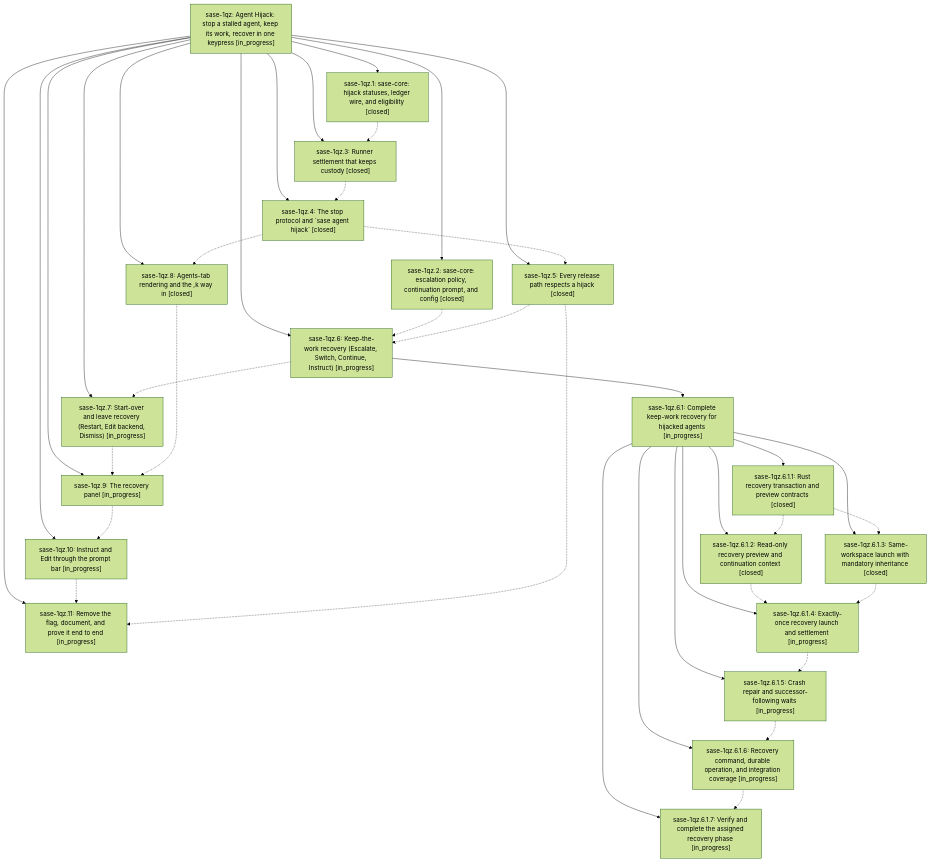
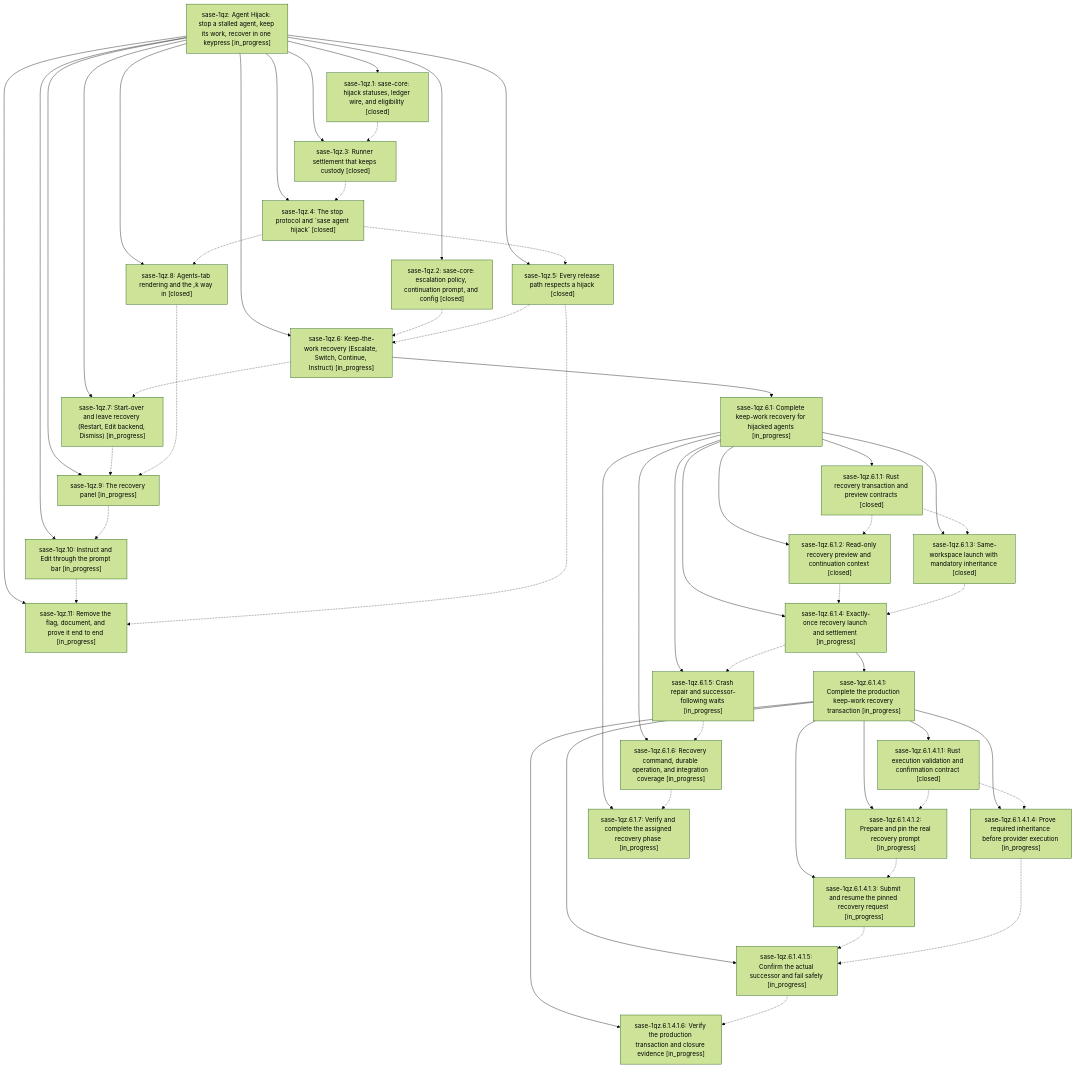
One commit to sase-org/sase--beads changed the diagram in pages/sase-1qz/README.md. Above: the diagram before and after it, drawn with Mermaid (forest theme). The commit also changed other lines of this file and 10 other files, not shown here.

````diff
--- a/pages/sase-1qz/README.md
+++ b/pages/sase-1qz/README.md
@@ -32,61 +36,81 @@
 ```mermaid
 flowchart TD
     n0["sase-1qz: Agent Hijack: stop a stalled agent, keep its work, recover in one keypress [in_progress]"]
     n1["sase-1qz.1: sase-core: hijack statuses, ledger wire, and eligibility [closed]"]
     n2["sase-1qz.10: Instruct and Edit through the prompt bar [in_progress]"]
     n3["sase-1qz.11: Remove the flag, document, and prove it end to end [in_progress]"]
     n4["sase-1qz.2: sase-core: escalation policy, continuation prompt, and config [closed]"]
     n5["sase-1qz.3: Runner settlement that keeps custody [closed]"]
     n6["sase-1qz.4: The stop protocol and `sase agent hijack` [closed]"]
     n7["sase-1qz.5: Every release path respects a hijack [closed]"]
     n8["sase-1qz.6: Keep-the-work recovery (Escalate, Switch, Continue, Instruct) [in_progress]"]
     n9["sase-1qz.6.1: Complete keep-work recovery for hijacked agents [in_progress]"]
     n10["sase-1qz.6.1.1: Rust recovery transaction and preview contracts [closed]"]
     n11["sase-1qz.6.1.2: Read-only recovery preview and continuation context [closed]"]
     n12["sase-1qz.6.1.3: Same-workspace launch with mandatory inheritance [closed]"]
     n13["sase-1qz.6.1.4: Exactly-once recovery launch and settlement [in_progress]"]
-    n14["sase-1qz.6.1.5: Crash repair and successor-following waits [in_progress]"]
-    n15["sase-1qz.6.1.6: Recovery command, durable operation, and integration coverage [in_progress]"]
-    n16["sase-1qz.6.1.7: Verify and complete the assigned recovery phase [in_progress]"]
-    n17["sase-1qz.7: Start-over and leave recovery (Restart, Edit backend, Dismiss) [in_progress]"]
-    n18["sase-1qz.8: Agents-tab rendering and the ,k way in [closed]"]
-    n19["sase-1qz.9: The recovery panel [in_progress]"]
+    n14["sase-1qz.6.1.4.1: Complete the production keep-work recovery transaction [in_progress]"]
+    n15["sase-1qz.6.1.4.1.1: Rust execution validation and confirmation contract [closed]"]
+    n16["sase-1qz.6.1.4.1.2: Prepare and pin the real recovery prompt [in_progress]"]
+    n17["sase-1qz.6.1.4.1.3: Submit and resume the pinned recovery request [in_progress]"]
+    n18["sase-1qz.6.1.4.1.4: Prove required inheritance before provider execution [in_progress]"]
+    n19["sase-1qz.6.1.4.1.5: Confirm the actual successor and fail safely [in_progress]"]
+    n20["sase-1qz.6.1.4.1.6: Verify the production transaction and closure evidence [in_progress]"]
+    n21["sase-1qz.6.1.5: Crash repair and successor-following waits [in_progress]"]
+    n22["sase-1qz.6.1.6: Recovery command, durable operation, and integration coverage [in_progress]"]
+    n23["sase-1qz.6.1.7: Verify and complete the assigned recovery phase [in_progress]"]
+    n24["sase-1qz.7: Start-over and leave recovery (Restart, Edit backend, Dismiss) [in_progress]"]
+    n25["sase-1qz.8: Agents-tab rendering and the ,k way in [closed]"]
+    n26["sase-1qz.9: The recovery panel [in_progress]"]
     n0 --> n1
     n0 --> n2
     n0 --> n3
     n0 --> n4
     n0 --> n5
     n0 --> n6
     n0 --> n7
     n0 --> n8
     n8 --> n9
     n9 --> n10
     n9 --> n11
     n9 --> n12
     n9 --> n13
-    n9 --> n14
-    n9 --> n15
-    n9 --> n16
-    n0 --> n17
-    n0 --> n18
-    n0 --> n19
+    n13 --> n14
+    n14 --> n15
+    n14 --> n16
+    n14 --> n17
+    n14 --> n18
+    n14 --> n19
+    n14 --> n20
+    n9 --> n21
+    n9 --> n22
+    n9 --> n23
+    n0 --> n24
+    n0 --> n25
+    n0 --> n26
     n1 -.-> n5
     n2 -.-> n3
     n4 -.-> n8
     n5 -.-> n6
     n6 -.-> n7
-    n6 -.-> n18
+    n6 -.-> n25
     n7 -.-> n3
     n7 -.-> n8
-    n8 -.-> n17
+    n8 -.-> n24
     n10 -.-> n11
     n10 -.-> n12
     n11 -.-> n13
     n12 -.-> n13
-    n13 -.-> n14
-    n14 -.-> n15
+    n13 -.-> n21
     n15 -.-> n16
+    n15 -.-> n18
+    n16 -.-> n17
     n17 -.-> n19
     n18 -.-> n19
-    n19 -.-> n2
+    n19 -.-> n20
+    n21 -.-> n22
+    n22 -.-> n23
+    n24 -.-> n26
+    n25 -.-> n26
+    n26 -.-> n2
 ```
````
